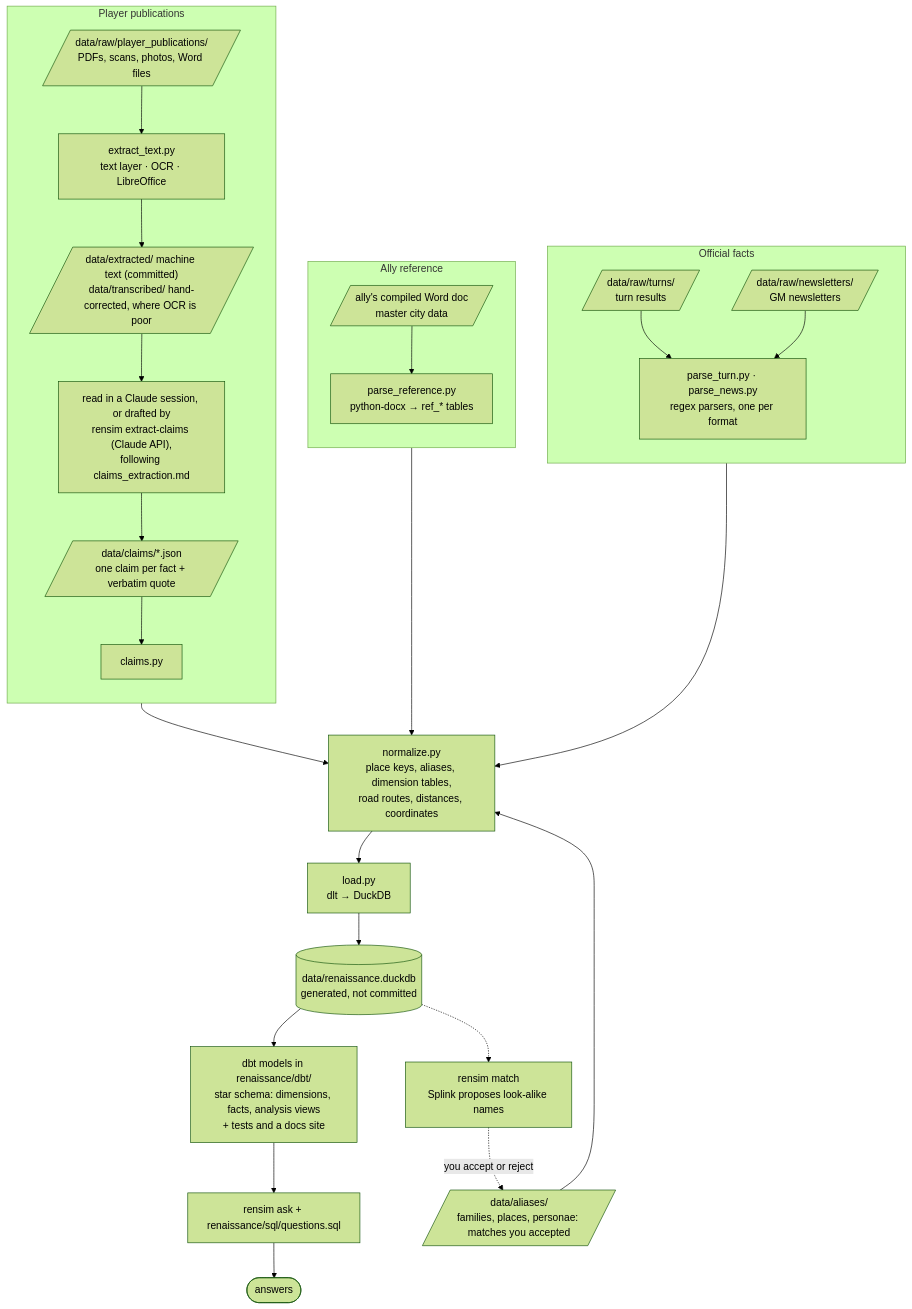
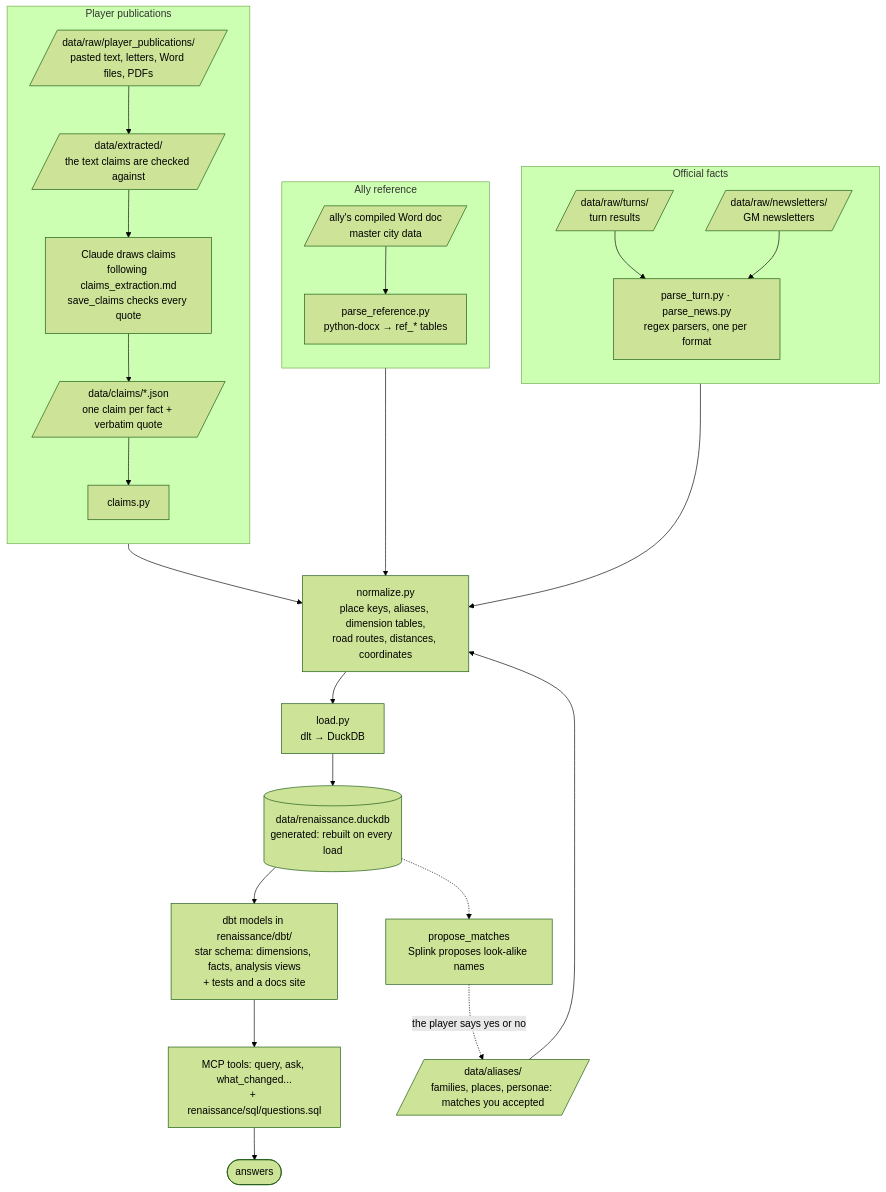
Before and after one commit to matt-a-t/rensim-tools: the first of 2 diagrams in docs/architecture.md, drawn with Mermaid (forest theme). The commit also changed other lines of this file and 41 other files, not shown here.

````diff
--- a/docs/architecture.md
+++ b/docs/architecture.md
@@ -8,45 +8,44 @@
 ```mermaid
 flowchart TB
   subgraph official[Official facts]
     direction TB
     turns[/"data/raw/turns/<br/>turn results"/]
     news[/"data/raw/newsletters/<br/>GM newsletters"/]
     pturn["parse_turn.py · parse_news.py<br/>regex parsers, one per format"]
     turns --> pturn
     news --> pturn
   end
 
   subgraph ally[Ally reference]
     direction TB
     refdoc[/"ally's compiled Word doc<br/>master city data"/]
     pref["parse_reference.py<br/>python-docx → ref_* tables"]
     refdoc --> pref
   end
 
   subgraph claims[Player publications]
     direction TB
-    pubs[/"data/raw/player_publications/<br/>PDFs, scans, photos, Word files"/]
-    extract["extract_text.py<br/>text layer · OCR · LibreOffice"]
-    text[/"data/extracted/ machine text (committed)<br/>data/transcribed/ hand-corrected, where OCR is poor"/]
-    session["read in a Claude session, or drafted by<br/>rensim extract-claims (Claude API),<br/>following claims_extraction.md"]
+    pubs[/"data/raw/player_publications/<br/>pasted text, letters, Word files, PDFs"/]
+    text[/"data/extracted/<br/>the text claims are checked against"/]
+    session["Claude draws claims<br/>following claims_extraction.md<br/>save_claims checks every quote"]
     cjson[/"data/claims/*.json<br/>one claim per fact + verbatim quote"/]
     pclaims["claims.py"]
-    pubs --> extract --> text --> session --> cjson --> pclaims
+    pubs --> text --> session --> cjson --> pclaims
   end
 
   aliases[/"data/aliases/<br/>families, places, personae: matches you accepted"/]
   normalize["normalize.py<br/>place keys, aliases, dimension tables,<br/>road routes, distances, coordinates"]
   load["load.py<br/>dlt → DuckDB"]
-  db[("data/renaissance.duckdb<br/>generated, not committed")]
+  db[("data/renaissance.duckdb<br/>generated: rebuilt on every load")]
   views["dbt models in renaissance/dbt/<br/>star schema: dimensions, facts, analysis views<br/>+ tests and a docs site"]
-  ask["rensim ask + renaissance/sql/questions.sql"]
+  ask["MCP tools: query, ask, what_changed...<br/>+ renaissance/sql/questions.sql"]
   answers(["answers"])
 
   pturn --> normalize
   pref --> normalize
   pclaims --> normalize
   aliases --> normalize
   normalize --> load --> db --> views --> ask --> answers
-  match["rensim match<br/>Splink proposes look-alike names"]
-  db -.-> match -.->|"you accept or reject"| aliases
+  match["propose_matches<br/>Splink proposes look-alike names"]
+  db -.-> match -.->|"the player says yes or no"| aliases
 ```
````
